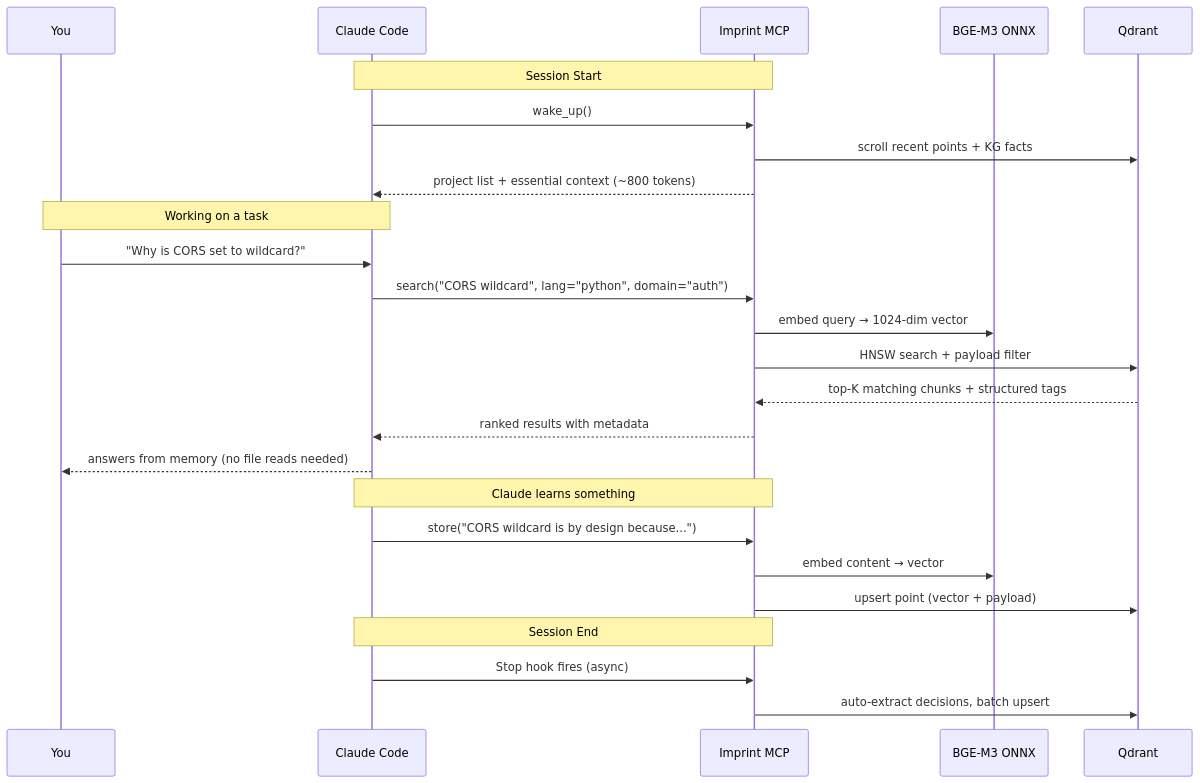
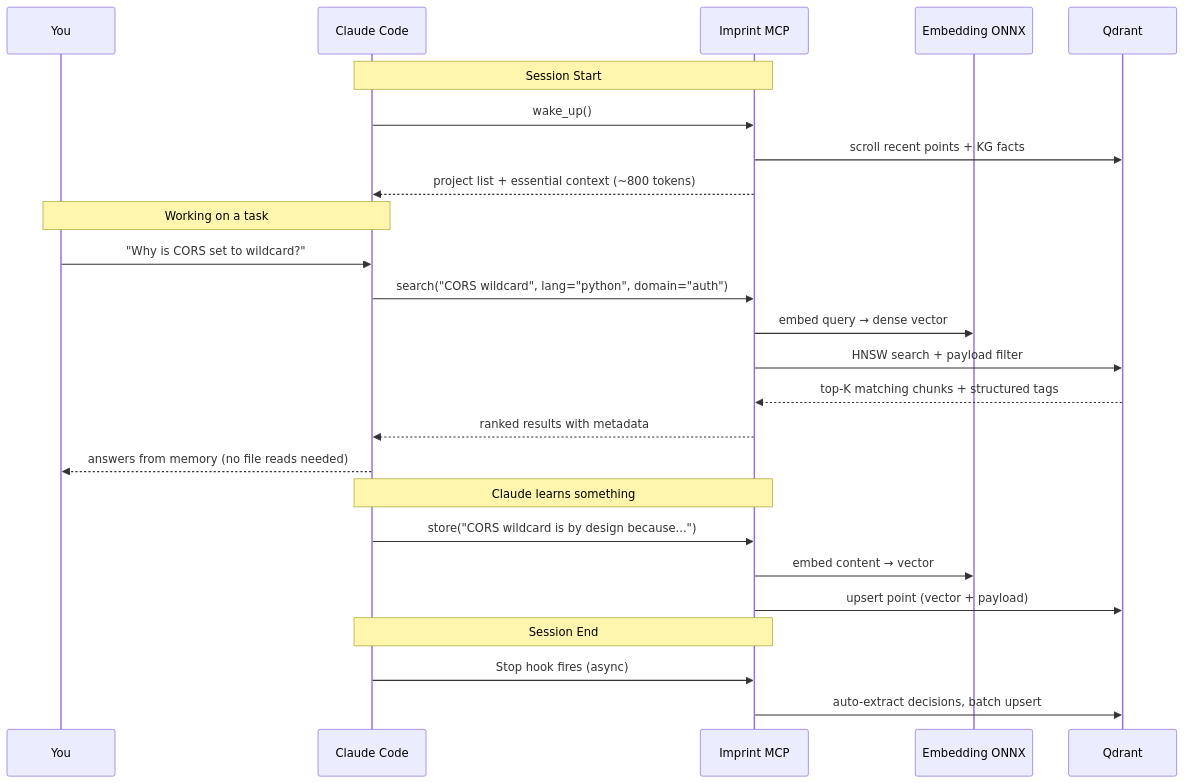
The second of 10 diagrams in README.md (alexandruleca/imprint-memory-layer), drawn with Mermaid before and after one commit. The commit also changed other lines of this file and 13 other files, not shown here.

````diff
--- a/README.md
+++ b/README.md
@@ -99,31 +108,31 @@
 ```mermaid
 sequenceDiagram
     participant U as You
     participant C as Claude Code
     participant K as Imprint MCP
-    participant E as BGE-M3 ONNX
+    participant E as Embedding ONNX
     participant Q as Qdrant
 
     Note over C,K: Session Start
     C->>K: wake_up()
     K->>Q: scroll recent points + KG facts
     K-->>C: project list + essential context (~800 tokens)
 
     Note over U,C: Working on a task
     U->>C: "Why is CORS set to wildcard?"
     C->>K: search("CORS wildcard", lang="python", domain="auth")
-    K->>E: embed query → 1024-dim vector
+    K->>E: embed query → dense vector
     K->>Q: HNSW search + payload filter
     Q-->>K: top-K matching chunks + structured tags
     K-->>C: ranked results with metadata
     C-->>U: answers from memory (no file reads needed)
 
     Note over C,K: Claude learns something
     C->>K: store("CORS wildcard is by design because...")
     K->>E: embed content → vector
     K->>Q: upsert point (vector + payload)
 
     Note over C,K: Session End
     C->>K: Stop hook fires (async)
     K->>Q: auto-extract decisions, batch upsert
 ```
````
